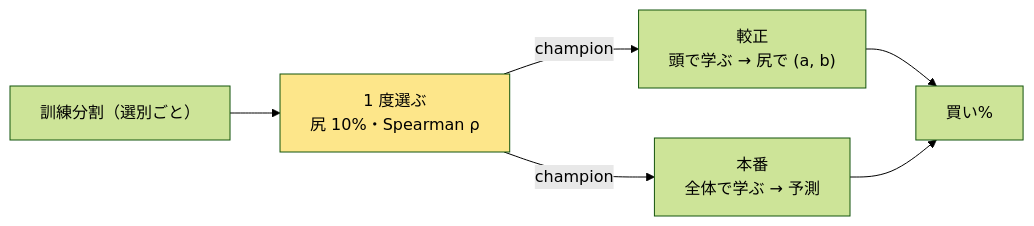
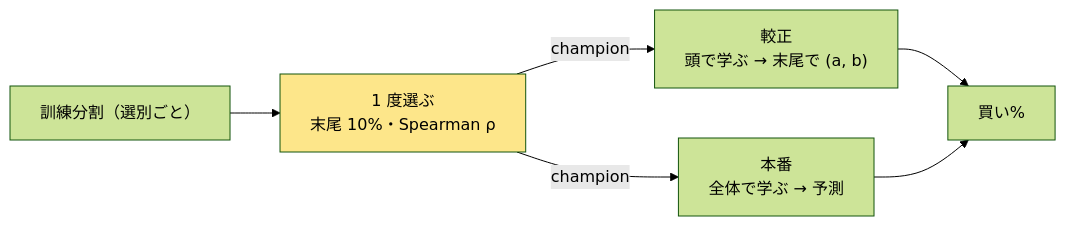
One commit to akiraak/ai-income-lab changed diagram 15 of 38 in docs/specs/experiments/feature-discovery/rules.md. Above: the diagram before and after it, drawn with Mermaid (forest theme). The commit also changed other lines of this file and 45 other files, not shown here.

````diff
--- a/docs/specs/experiments/feature-discovery/rules.md
+++ b/docs/specs/experiments/feature-discovery/rules.md
@@ -992,9 +992,9 @@
 ```mermaid
 flowchart LR
-  TR["訓練分割（選別ごと）"] --> SEL["1 度選ぶ<br/>尻 10%・Spearman ρ"]
-  SEL -- "champion" --> CAL["較正<br/>頭で学ぶ → 尻で (a, b)"]
+  TR["訓練分割（選別ごと）"] --> SEL["1 度選ぶ<br/>末尾 10%・Spearman ρ"]
+  SEL -- "champion" --> CAL["較正<br/>頭で学ぶ → 末尾で (a, b)"]
   SEL -- "champion" --> PRD["本番<br/>全体で学ぶ → 予測"]
   CAL --> BUY["買い%"]
   PRD --> BUY
   style SEL fill:#fde68a
 ```
````
